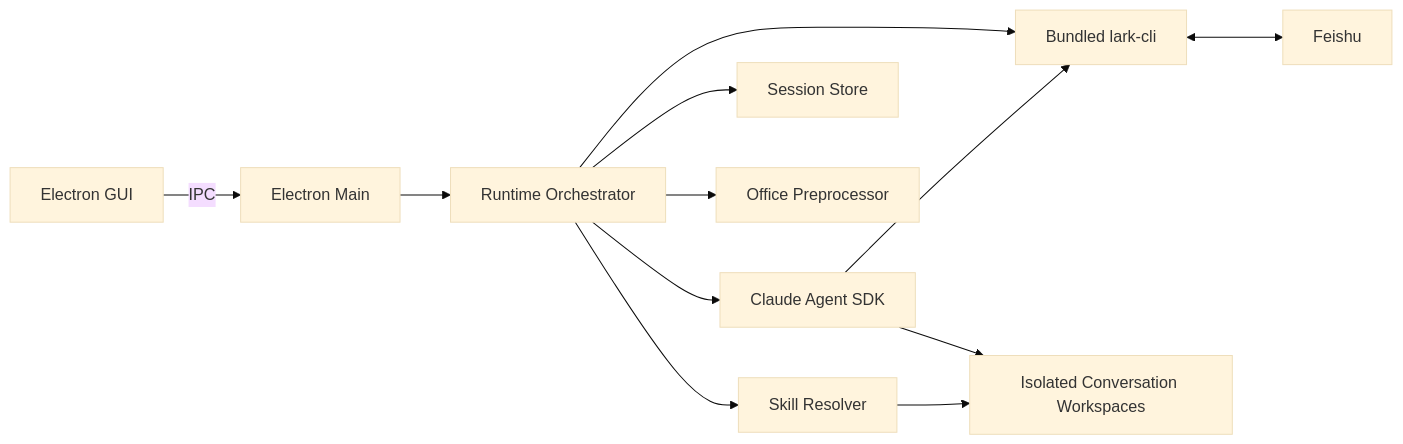
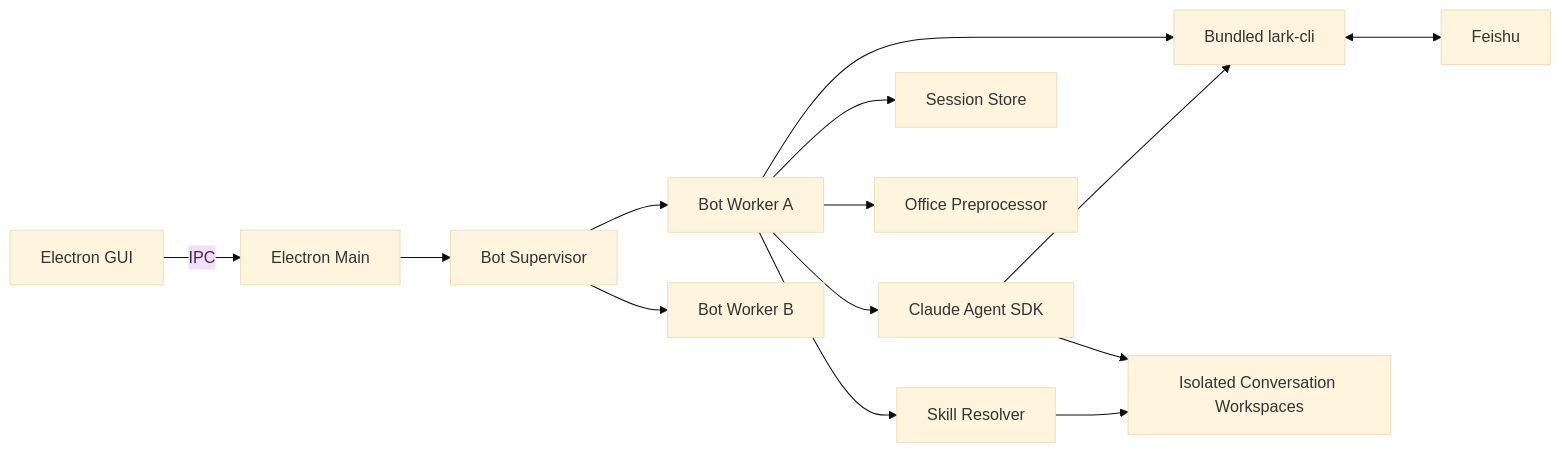
Before and after one commit to Quarkfan/QuarkFanTools: the first of 2 diagrams in docs/architecture.md, drawn with Mermaid (base theme). The commit also changed other lines of this file and 27 other files, not shown here.

````diff
--- a/docs/architecture.md
+++ b/docs/architecture.md
@@ -7,14 +7,16 @@
 ```mermaid
 flowchart LR
     UI["Electron GUI"] -->|IPC| Main["Electron Main"]
-    Main --> Runtime["Runtime Orchestrator"]
-    Runtime --> Lark["Bundled lark-cli"]
-    Runtime --> Skills["Skill Resolver"]
-    Runtime --> Sessions["Session Store"]
-    Runtime --> Office["Office Preprocessor"]
-    Runtime --> Claude["Claude Agent SDK"]
+    Main --> Supervisor["Bot Supervisor"]
+    Supervisor --> WorkerA["Bot Worker A"]
+    Supervisor --> WorkerB["Bot Worker B"]
+    WorkerA --> Lark["Bundled lark-cli"]
+    WorkerA --> Skills["Skill Resolver"]
+    WorkerA --> Sessions["Session Store"]
+    WorkerA --> Office["Office Preprocessor"]
+    WorkerA --> Claude["Claude Agent SDK"]
     Claude --> Lark
     Claude --> Workspaces["Isolated Conversation Workspaces"]
     Lark <--> Feishu["Feishu"]
     Skills --> Workspaces
 ```
````
